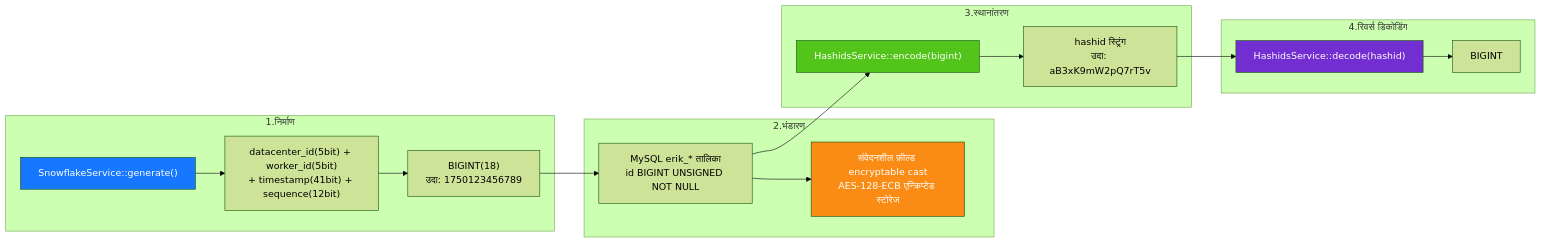
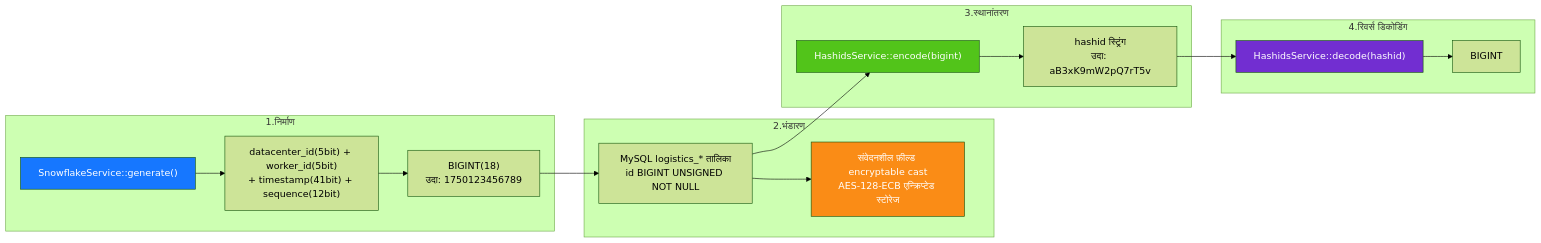
One commit to erikwang2013/integrated-global-logistics changed the diagram in admin/docs/diagrams/06-id-lifecycle.hi.md. Above: the diagram before and after it, drawn with Mermaid (forest theme). The commit also changed 211 other files, not shown here.

````diff
--- a/admin/docs/diagrams/06-id-lifecycle.hi.md
+++ b/admin/docs/diagrams/06-id-lifecycle.hi.md
@@ -7,32 +7,32 @@
 ```mermaid
 flowchart LR
     subgraph gen["1.निर्माण"]
         g1["SnowflakeService::generate()"]
         g2["datacenter_id(5bit) + worker_id(5bit)<br/>+ timestamp(41bit) + sequence(12bit)"]
         g3["BIGINT(18)<br/>उदा: 1750123456789"]
         g1 --> g2 --> g3
     end
 
     subgraph store["2.भंडारण"]
-        s1["MySQL erik_* तालिका<br/>id BIGINT UNSIGNED NOT NULL"]
+        s1["MySQL logistics_* तालिका<br/>id BIGINT UNSIGNED NOT NULL"]
         s2["संवेदनशील फ़ील्ड encryptable cast<br/>AES-128-ECB एन्क्रिप्टेड स्टोरेज"]
         g3 --> s1 --> s2
     end
 
     subgraph transfer["3.स्थानांतरण"]
         t1["HashidsService::encode(bigint)"]
         t2["hashid स्ट्रिंग<br/>उदा: aB3xK9mW2pQ7rT5v"]
         s1 --> t1 --> t2
     end
 
     subgraph reverse["4.रिवर्स डिकोडिंग"]
         r1["HashidsService::decode(hashid)"]
         r2["BIGINT"]
         t2 --> r1 --> r2
     end
 
     style g1 fill:#1677FF,color:#fff
     style s2 fill:#FA8C16,color:#fff
     style t1 fill:#52C41A,color:#fff
     style r1 fill:#722ED1,color:#fff
 ```
````
